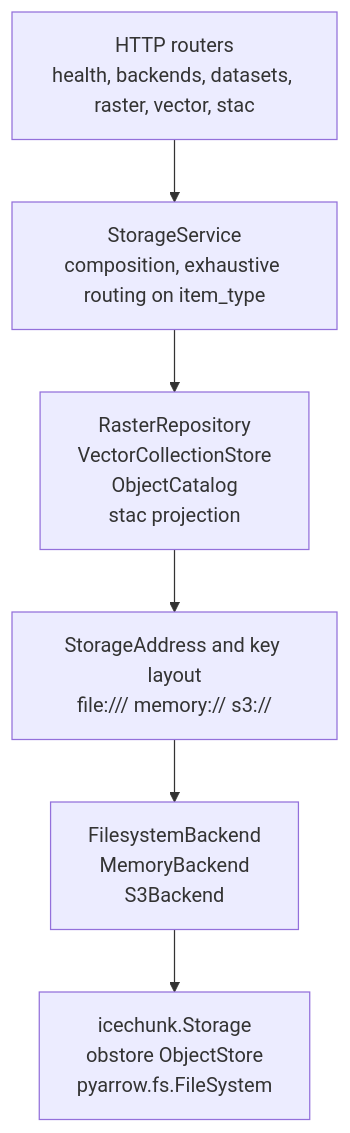
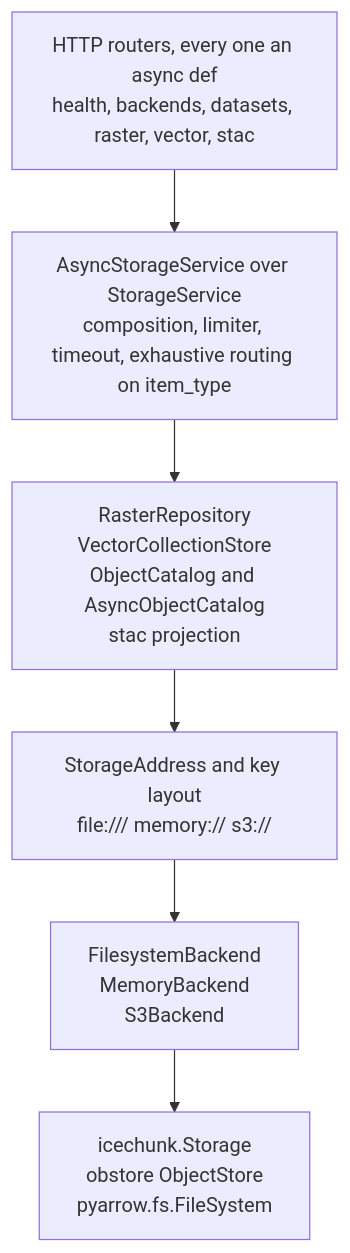
One commit to mortenoh/ocs-storage-exploration changed the diagram in docs/architecture.md. Above: the diagram before and after it, drawn with Mermaid. The commit also changed other lines of this file and 48 other files, not shown here.

First line of the commit message:
feat: async storage surface with bounded S3 clients

````diff
--- a/docs/architecture.md
+++ b/docs/architecture.md
@@ -11,15 +11,15 @@
 ```mermaid
 flowchart TD
-    R["HTTP routers<br/>health, backends, datasets, raster, vector, stac"]
-    S["StorageService<br/>composition, exhaustive routing on item_type"]
-    E["RasterRepository<br/>VectorCollectionStore<br/>ObjectCatalog<br/>stac projection"]
+    R["HTTP routers, every one an async def<br/>health, backends, datasets, raster, vector, stac"]
+    S["AsyncStorageService over StorageService<br/>composition, limiter, timeout, exhaustive routing on item_type"]
+    E["RasterRepository<br/>VectorCollectionStore<br/>ObjectCatalog and AsyncObjectCatalog<br/>stac projection"]
     A["StorageAddress and key layout<br/>file:/// memory:// s3://"]
     B["FilesystemBackend<br/>MemoryBackend<br/>S3Backend"]
     L["icechunk.Storage<br/>obstore ObjectStore<br/>pyarrow.fs.FileSystem"]
 
     R --> S
     S --> E
     E --> A
     A --> B
     B --> L
 ```
````
